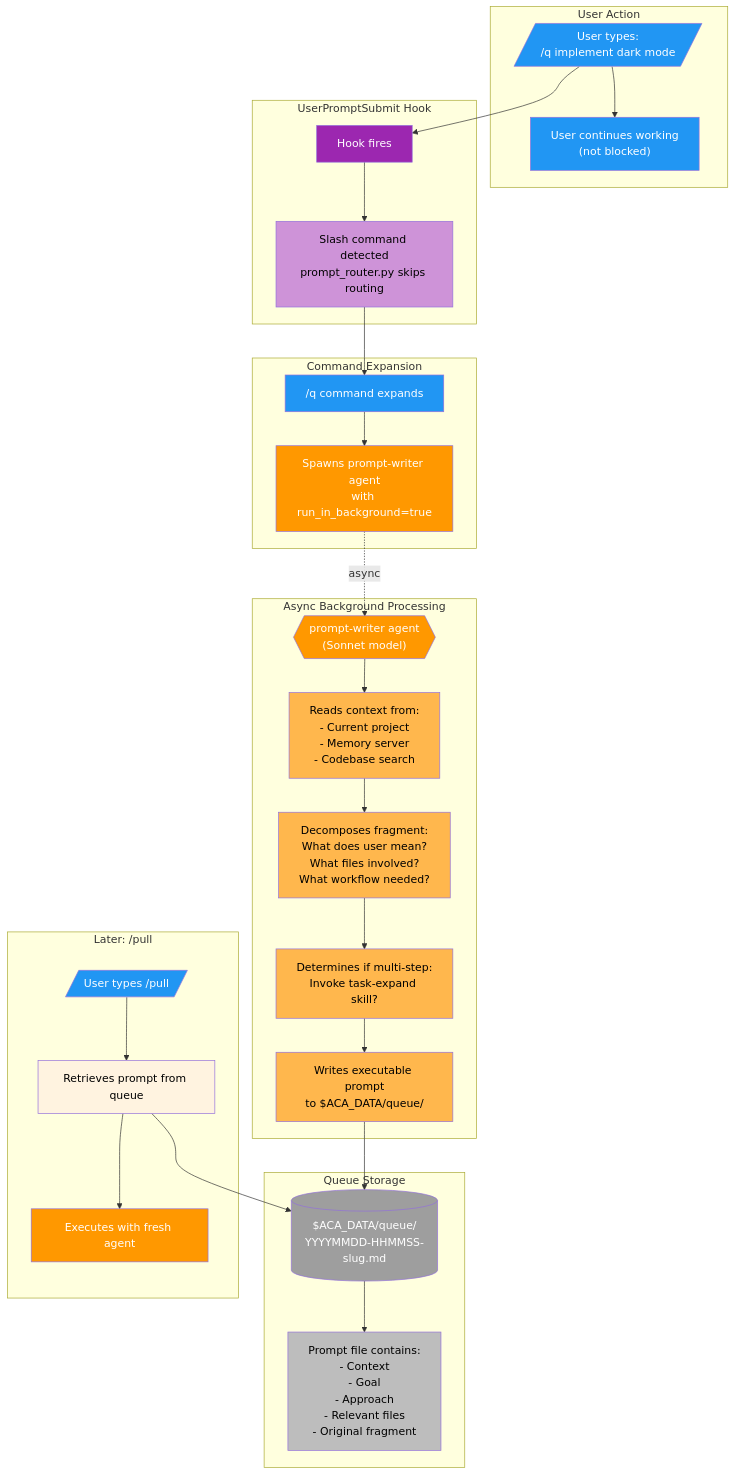
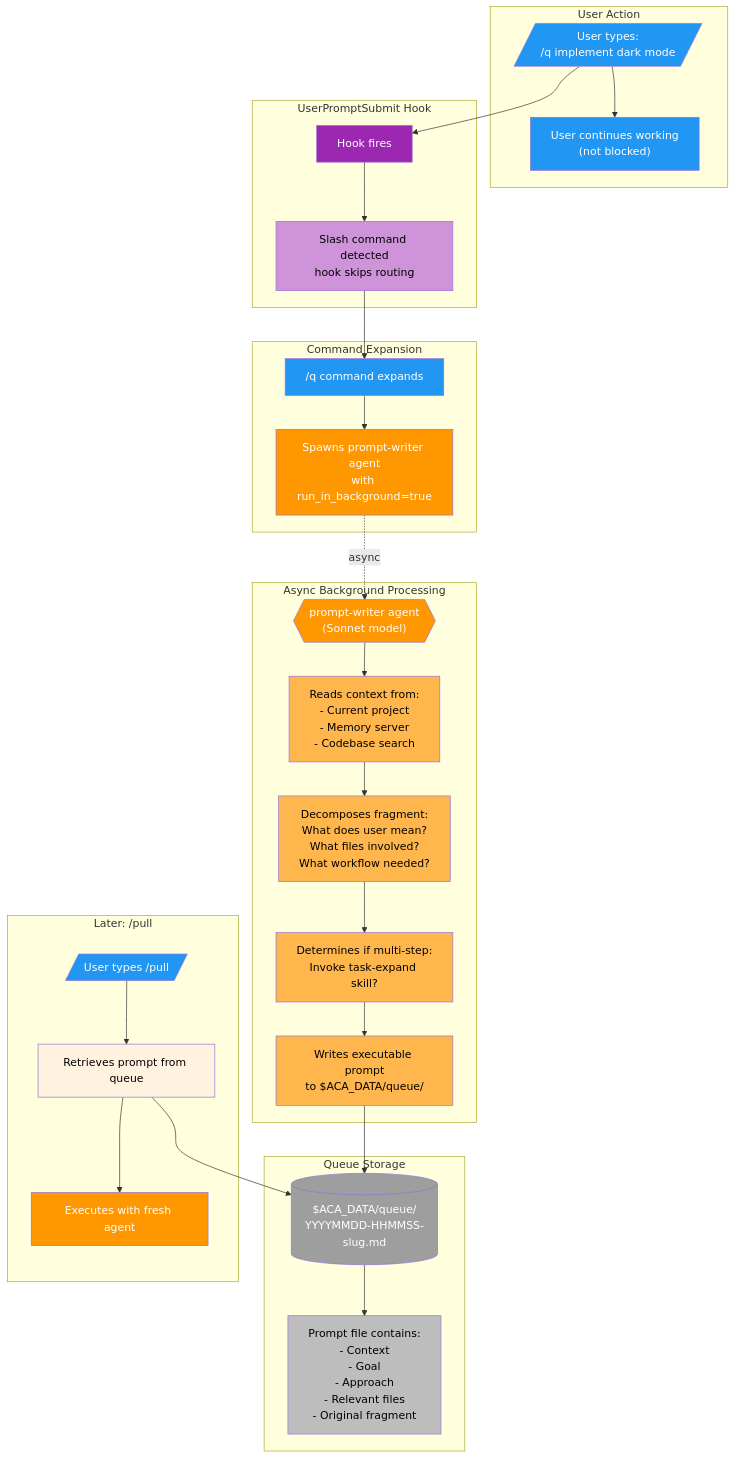
One commit to nicsuzor/academicOps changed the seventh of 8 diagrams in docs/execution-flow.md. Above: the diagram before and after it, drawn with Mermaid. The commit also changed other lines of this file and 22 other files, not shown here.

````diff
--- a/docs/execution-flow.md
+++ b/docs/execution-flow.md
@@ -368,77 +652,77 @@
 ```mermaid
 flowchart TD
     subgraph USER["User Action"]
         U1[/"User types:<br/>/q implement dark mode"/]
         U2["User continues working<br/>(not blocked)"]
     end
 
     subgraph PROMPT_HOOK["UserPromptSubmit Hook"]
         PH1["Hook fires"]
-        PH2["Slash command detected<br/>prompt_router.py skips routing"]
+        PH2["Slash command detected<br/>hook skips routing"]
     end
 
     subgraph COMMAND["Command Expansion"]
         C1["/q command expands"]
         C2["Spawns prompt-writer agent<br/>with run_in_background=true"]
     end
 
     subgraph ASYNC["Async Background Processing"]
         A1{{"prompt-writer agent<br/>(Sonnet model)"}}
         A2["Reads context from:<br/>- Current project<br/>- Memory server<br/>- Codebase search"]
         A3["Decomposes fragment:<br/>What does user mean?<br/>What files involved?<br/>What workflow needed?"]
         A4["Determines if multi-step:<br/>Invoke task-expand skill?"]
         A5["Writes executable prompt<br/>to $ACA_DATA/queue/"]
     end
 
     subgraph QUEUE["Queue Storage"]
         Q1[("$ACA_DATA/queue/<br/>YYYYMMDD-HHMMSS-slug.md")]
         Q2["Prompt file contains:<br/>- Context<br/>- Goal<br/>- Approach<br/>- Relevant files<br/>- Original fragment"]
     end
 
     subgraph LATER["Later: /pull"]
         L1[/"User types /pull"/]
         L2["Retrieves prompt from queue"]
         L3["Executes with fresh agent"]
     end
 
     %% Main flow
     U1 --> PH1
     PH1 --> PH2 --> C1
     C1 --> C2
     C2 -.->|async| A1
     U1 --> U2
     A1 --> A2 --> A3 --> A4 --> A5
     A5 --> Q1
     Q1 --> Q2
 
     %% Later flow
     L1 --> L2
     L2 --> Q1
     L2 --> L3
 
     %% Styling - User
     style U1 fill:#2196f3,color:#fff
     style U2 fill:#2196f3,color:#fff
     style L1 fill:#2196f3,color:#fff
     style L2 fill:#fff3e0,color:#000
     style L3 fill:#ff9800,color:#fff
 
     %% Styling - Hooks
     style PH1 fill:#9c27b0,color:#fff
     style PH2 fill:#ce93d8,color:#000
 
     %% Styling - Command
     style C1 fill:#2196f3,color:#fff
     style C2 fill:#ff9800,color:#fff
 
     %% Styling - Async Agent
     style A1 fill:#ff9800,color:#fff
     style A2 fill:#ffb74d,color:#000
     style A3 fill:#ffb74d,color:#000
     style A4 fill:#ffb74d,color:#000
     style A5 fill:#ffb74d,color:#000
 
     %% Styling - Data
     style Q1 fill:#9e9e9e,color:#fff
     style Q2 fill:#bdbdbd,color:#000
 ```
````
